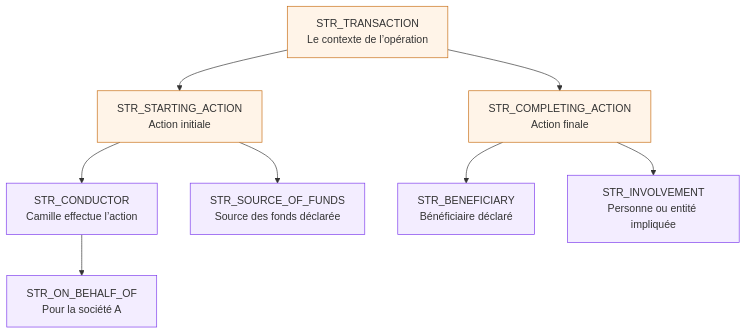
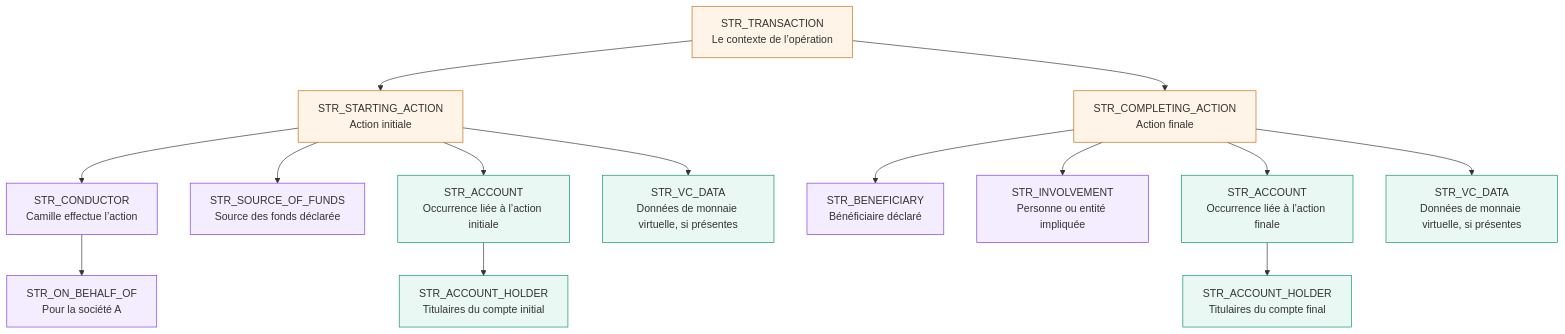
The fifth of 10 diagrams in SCHEMAS_EXPLICATIFS.md (khojasahil/projetdod), drawn with Mermaid before and after one commit. The commit also changed other lines of this file and 1 other file, not shown here.

````diff
--- a/SCHEMAS_EXPLICATIFS.md
+++ b/SCHEMAS_EXPLICATIFS.md
@@ -95,19 +232,31 @@
 ```mermaid
 flowchart TB
     T["STR_TRANSACTION<br/>Le contexte de l’opération"]
     T --> S["STR_STARTING_ACTION<br/>Action initiale"]
     T --> C["STR_COMPLETING_ACTION<br/>Action finale"]
     S --> CO["STR_CONDUCTOR<br/>Camille effectue l’action"]
     CO --> O["STR_ON_BEHALF_OF<br/>Pour la société A"]
     S --> SO["STR_SOURCE_OF_FUNDS<br/>Source des fonds déclarée"]
     C --> B["STR_BENEFICIARY<br/>Bénéficiaire déclaré"]
     C --> I["STR_INVOLVEMENT<br/>Personne ou entité impliquée"]
+    S --> AS["STR_ACCOUNT<br/>Occurrence liée à l’action initiale"]
+    C --> AC["STR_ACCOUNT<br/>Occurrence liée à l’action finale"]
+    AS --> HS["STR_ACCOUNT_HOLDER<br/>Titulaires du compte initial"]
+    AC --> HC["STR_ACCOUNT_HOLDER<br/>Titulaires du compte final"]
+    S --> VS["STR_VC_DATA<br/>Données de monnaie virtuelle, si présentes"]
+    C --> VC["STR_VC_DATA<br/>Données de monnaie virtuelle, si présentes"]
     style T fill:#FFF4E8,stroke:#C76C12
     style S fill:#FFF4E8,stroke:#C76C12
     style C fill:#FFF4E8,stroke:#C76C12
     style CO fill:#F3EDFF,stroke:#7C3AED
     style O fill:#F3EDFF,stroke:#7C3AED
     style SO fill:#F3EDFF,stroke:#7C3AED
     style B fill:#F3EDFF,stroke:#7C3AED
     style I fill:#F3EDFF,stroke:#7C3AED
+    style AS fill:#E9F8F2,stroke:#059669
+    style AC fill:#E9F8F2,stroke:#059669
+    style HS fill:#E9F8F2,stroke:#059669
+    style HC fill:#E9F8F2,stroke:#059669
+    style VS fill:#E9F8F2,stroke:#059669
+    style VC fill:#E9F8F2,stroke:#059669
 ```
````
